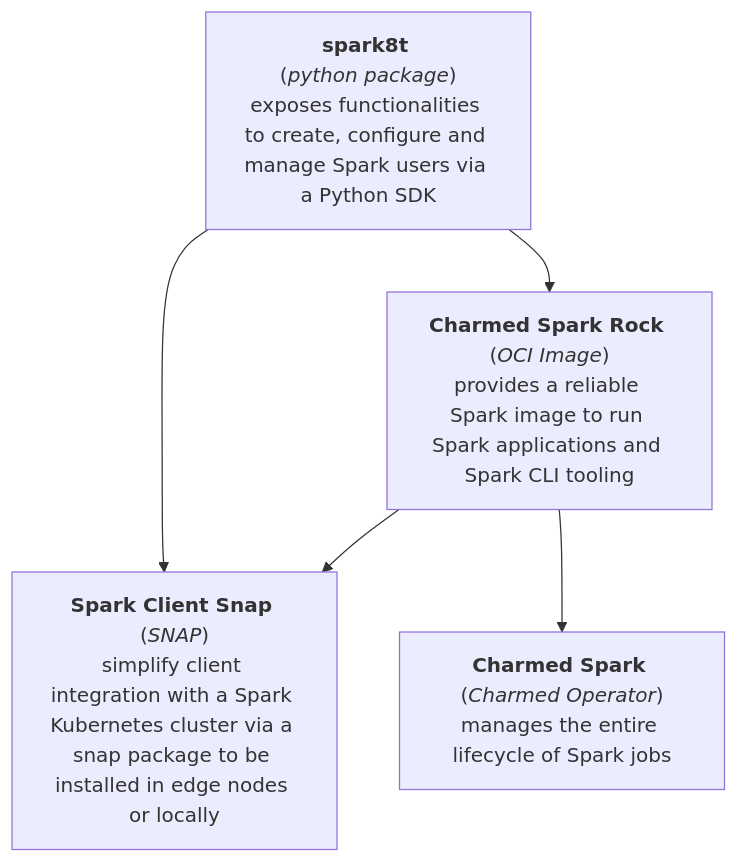
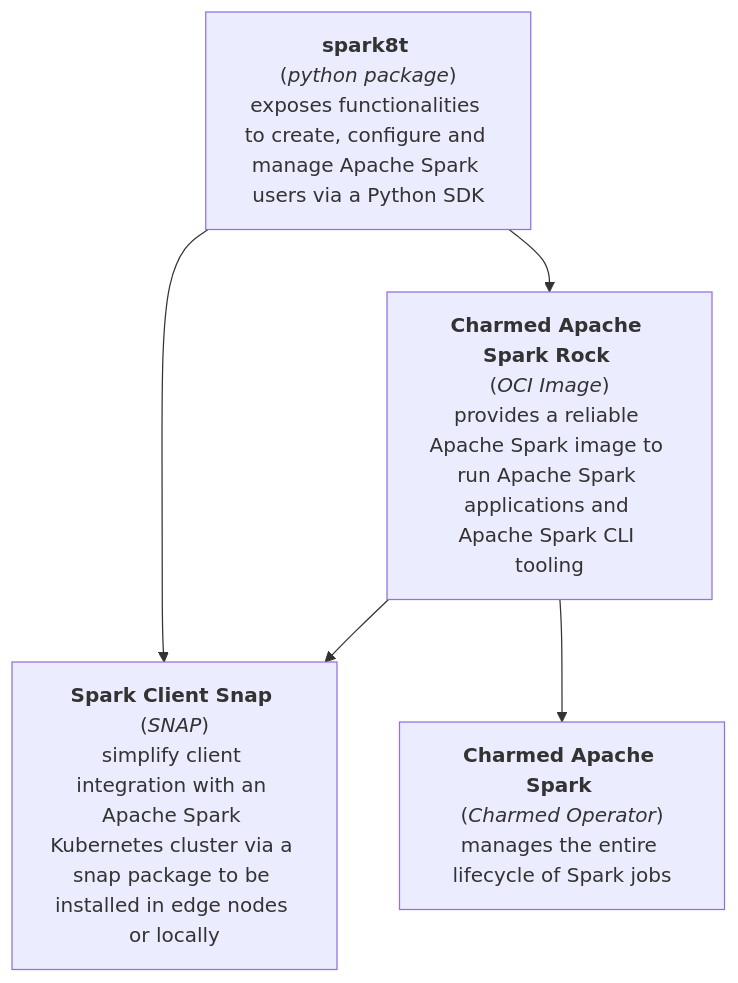
Before and after one commit to canonical/spark-k8s-bundle: the diagram in releases/3.4/yaml/docs/explanation/e-component-overview.md, drawn with Mermaid. The commit also changed other lines of this file and 26 other files, not shown here.

````diff
--- a/releases/3.4/yaml/docs/explanation/e-component-overview.md
+++ b/releases/3.4/yaml/docs/explanation/e-component-overview.md
@@ -15,23 +15,23 @@
 ```mermaid
 flowchart TD
     spark8t["`**spark8t** 
     (*python package*)
-    exposes functionalities to create, configure and manage Spark users via a Python SDK`"]
+    exposes functionalities to create, configure and manage Apache Spark users via a Python SDK`"]
     
-    spark-rock["`**Charmed Spark Rock** 
+    spark-rock["`**Charmed Apache Spark Rock** 
     (*OCI Image*)
-    provides a reliable Spark image to run Spark applications and Spark CLI tooling`"]
+    provides a reliable Apache Spark image to run Apache Spark applications and Apache Spark CLI tooling`"]
 
     spark-client["`**Spark Client Snap** 
     (*SNAP*)
-    simplify client integration with a Spark Kubernetes cluster via a snap package to be installed in edge nodes or locally`"]
+    simplify client integration with an Apache Spark Kubernetes cluster via a snap package to be installed in edge nodes or locally`"]
 
-    spark-k8s-bundle["`**Charmed Spark** 
+    spark-k8s-bundle["`**Charmed Apache Spark** 
     (*Charmed Operator*)
     manages the entire lifecycle of Spark jobs`"]
 
     spark8t --> spark-rock
     spark8t --> spark-client
     spark-rock --> spark-client
     spark-rock --> spark-k8s-bundle
 ```
````
